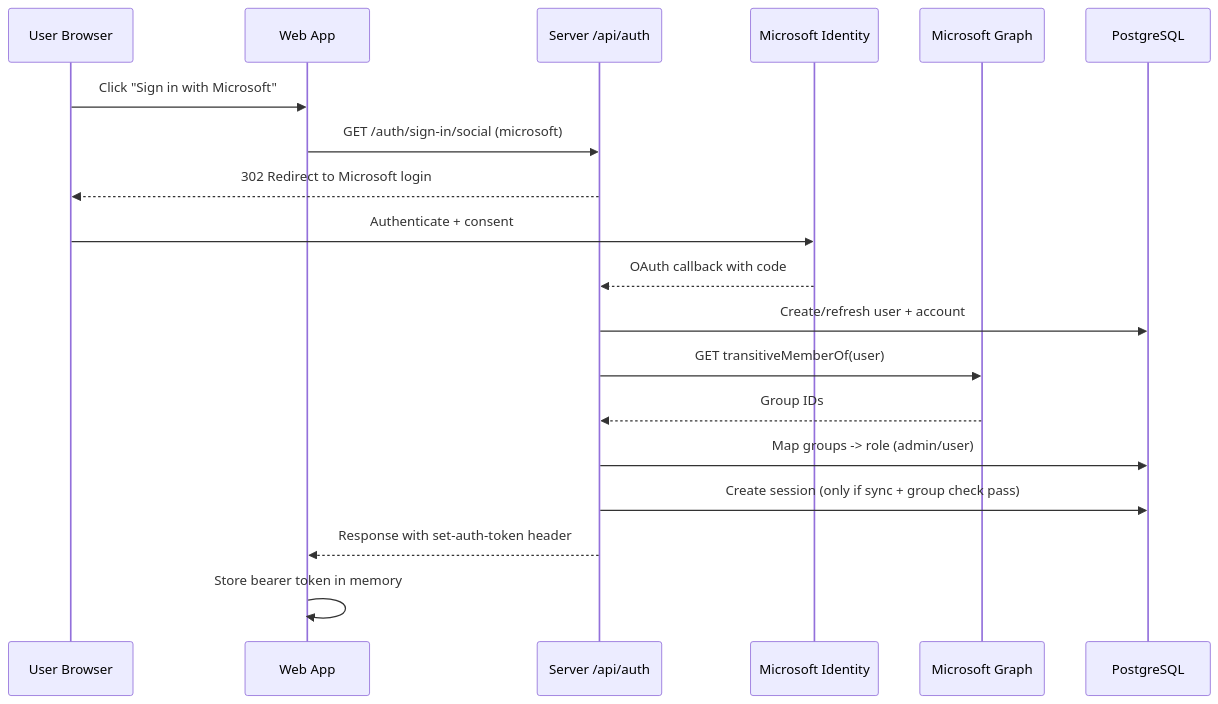
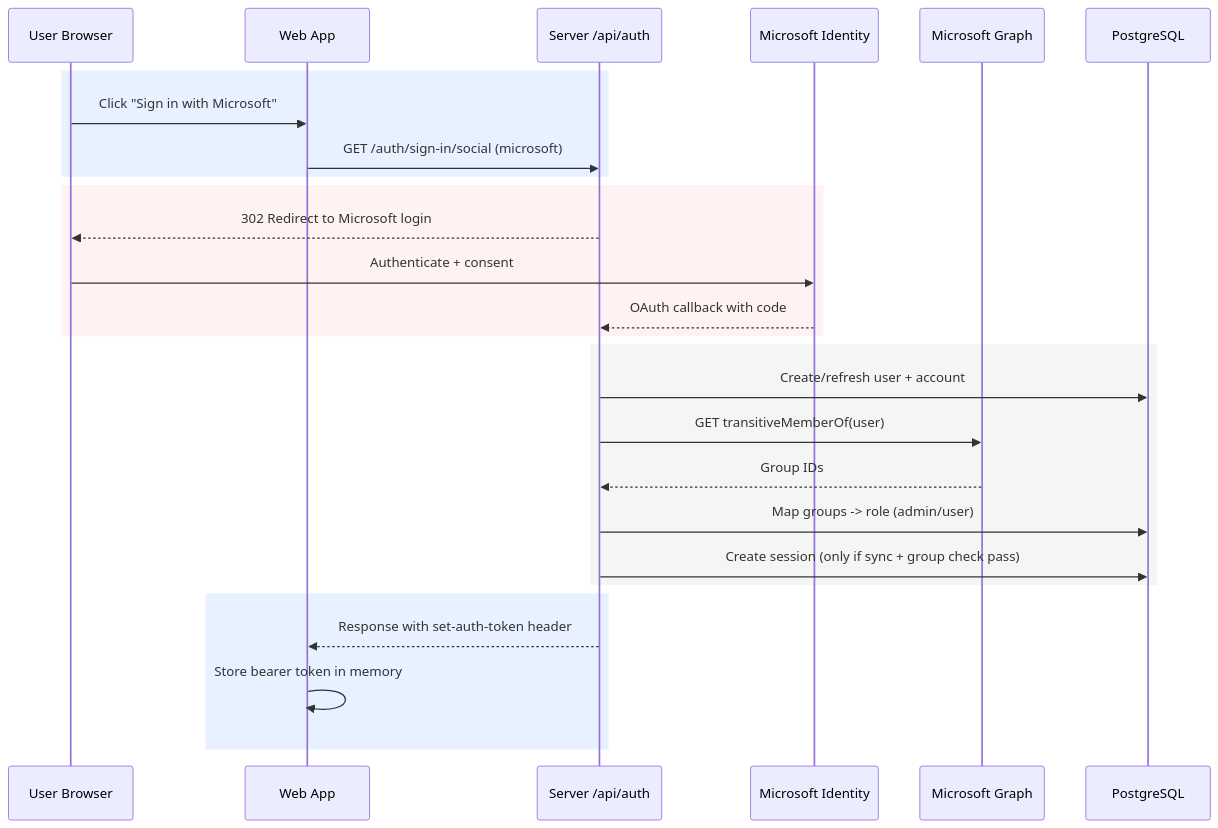
Before and after one commit to brandonbryant12/content-studio: the second of 3 diagrams in docs/architecture/access-control.md, drawn with Mermaid. The commit also changed other lines of this file and 109 other files, not shown here.

````diff
--- a/docs/architecture/access-control.md
+++ b/docs/architecture/access-control.md
@@ -51,22 +62,30 @@
 ```mermaid
 sequenceDiagram
   participant U as User Browser
   participant W as Web App
   participant A as Server /api/auth
   participant MS as Microsoft Identity
   participant G as Microsoft Graph
   participant DB as PostgreSQL
 
-  U->>W: Click "Sign in with Microsoft"
-  W->>A: GET /auth/sign-in/social (microsoft)
-  A-->>U: 302 Redirect to Microsoft login
-  U->>MS: Authenticate + consent
-  MS-->>A: OAuth callback with code
-  A->>DB: Create/refresh user + account
-  A->>G: GET transitiveMemberOf(user)
-  G-->>A: Group IDs
-  A->>DB: Map groups -> role (admin/user)
-  A->>DB: Create session (only if sync + group check pass)
-  A-->>W: Response with set-auth-token header
-  W->>W: Store bearer token in memory
+  rect rgb(232, 241, 255)
+    U->>W: Click "Sign in with Microsoft"
+    W->>A: GET /auth/sign-in/social (microsoft)
+  end
+  rect rgb(254, 242, 242)
+    A-->>U: 302 Redirect to Microsoft login
+    U->>MS: Authenticate + consent
+    MS-->>A: OAuth callback with code
+  end
+  rect rgb(245, 245, 244)
+    A->>DB: Create/refresh user + account
+    A->>G: GET transitiveMemberOf(user)
+    G-->>A: Group IDs
+    A->>DB: Map groups -> role (admin/user)
+    A->>DB: Create session (only if sync + group check pass)
+  end
+  rect rgb(232, 241, 255)
+    A-->>W: Response with set-auth-token header
+    W->>W: Store bearer token in memory
+  end
 ```
````
